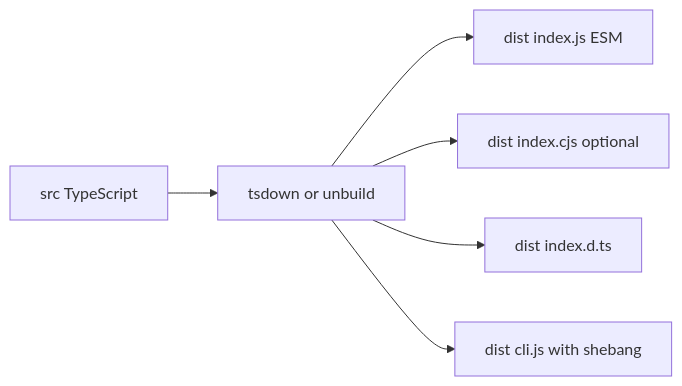
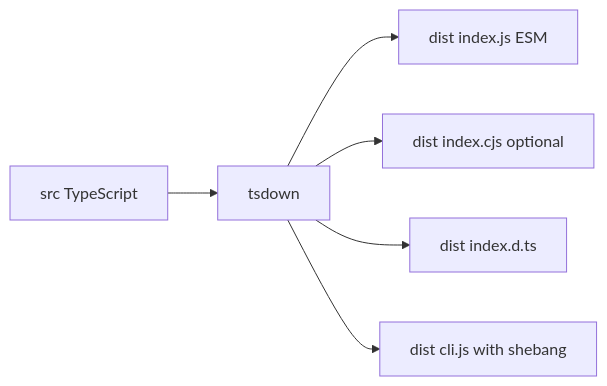
One commit to seek-js/seek changed the third of 4 diagrams in research/implementation-package-publishing-workflow.md. Above: the diagram before and after it, drawn with Mermaid. The commit also changed other lines of this file and 1 other file, not shown here.

````diff
--- a/research/implementation-package-publishing-workflow.md
+++ b/research/implementation-package-publishing-workflow.md
@@ -105,8 +104,8 @@
 ```mermaid
 flowchart LR
-    srcTS[src TypeScript] --> bundler[tsdown or unbuild]
+    srcTS[src TypeScript] --> bundler[tsdown]
     bundler --> esmOut[dist index.js ESM]
     bundler --> cjsOut[dist index.cjs optional]
     bundler --> dtsOut[dist index.d.ts]
     bundler --> cliOut[dist cli.js with shebang]
 ```
````
